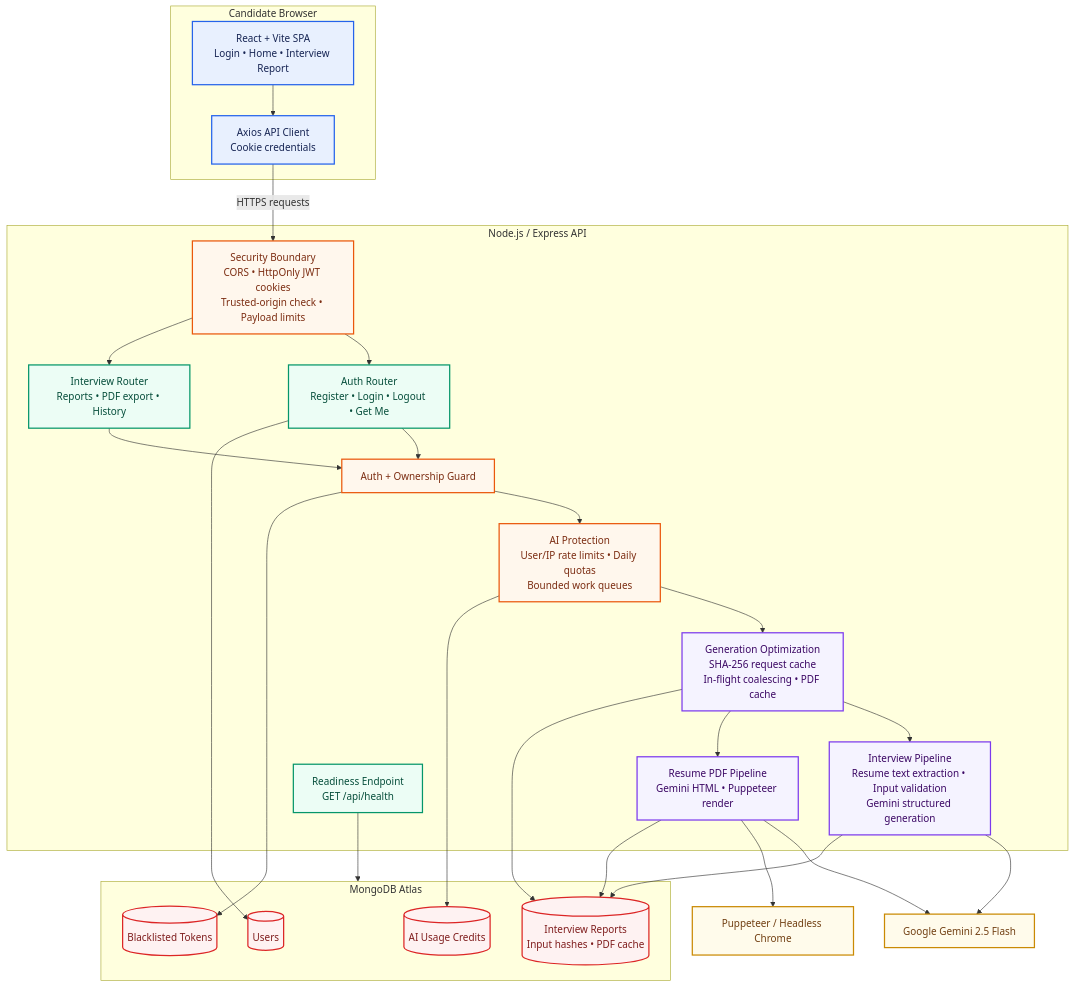
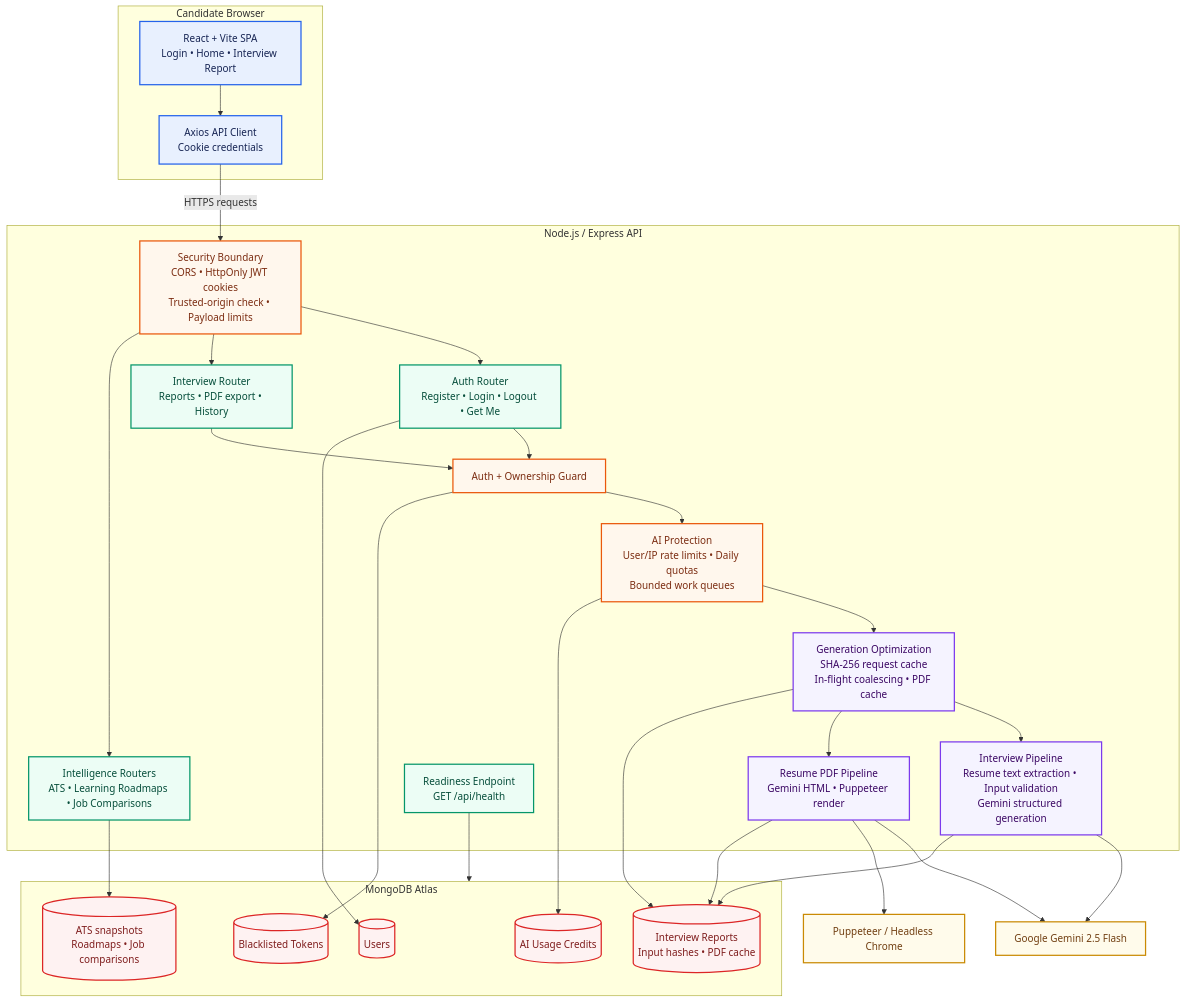
The diagram in README.md (Nihalani2004/CareerPilot-AI), drawn with Mermaid before and after one commit. The commit also changed other lines of this file and 1 other file, not shown here.

````diff
--- a/README.md
+++ b/README.md
@@ -23,57 +24,61 @@
 ```mermaid
 flowchart TB
     classDef client fill:#E8F0FE,stroke:#2563EB,color:#172554,stroke-width:2px
     classDef api fill:#ECFDF5,stroke:#059669,color:#064E3B,stroke-width:2px
     classDef guard fill:#FFF7ED,stroke:#EA580C,color:#7C2D12,stroke-width:2px
     classDef service fill:#F5F3FF,stroke:#7C3AED,color:#3B0764,stroke-width:2px
     classDef data fill:#FEF2F2,stroke:#DC2626,color:#7F1D1D,stroke-width:2px
     classDef external fill:#FFFBEB,stroke:#CA8A04,color:#713F12,stroke-width:2px
 
     subgraph Browser[Candidate Browser]
         React[React + Vite SPA\nLogin • Home • Interview Report]:::client
         ApiClient[Axios API Client\nCookie credentials]:::client
         React --> ApiClient
     end
 
     subgraph API[Node.js / Express API]
         Security[Security Boundary\nCORS • HttpOnly JWT cookies\nTrusted-origin check • Payload limits]:::guard
         Auth[Auth Router\nRegister • Login • Logout • Get Me]:::api
         Interview[Interview Router\nReports • PDF export • History]:::api
+        Intelligence[Intelligence Routers\nATS • Learning Roadmaps • Job Comparisons]:::api
         AuthGuard[Auth + Ownership Guard]:::guard
         Limits[AI Protection\nUser/IP rate limits • Daily quotas\nBounded work queues]:::guard
         Cache[Generation Optimization\nSHA-256 request cache\nIn-flight coalescing • PDF cache]:::service
         Pipeline[Interview Pipeline\nResume text extraction • Input validation\nGemini structured generation]:::service
         Pdf[Resume PDF Pipeline\nGemini HTML • Puppeteer render]:::service
         Health[Readiness Endpoint\nGET /api/health]:::api
 
         Security --> Auth
         Security --> Interview
+        Security --> Intelligence
         Auth --> AuthGuard
         Interview --> AuthGuard --> Limits
         Limits --> Cache
         Cache --> Pipeline
         Cache --> Pdf
     end
 
     subgraph Storage[MongoDB Atlas]
         Users[(Users)]:::data
         Reports[(Interview Reports\nInput hashes • PDF cache)]:::data
+        Insights[(ATS snapshots\nRoadmaps • Job comparisons)]:::data
         Usage[(AI Usage Credits)]:::data
         Blacklist[(Blacklisted Tokens)]:::data
     end
 
     Gemini[Google Gemini 2.5 Flash]:::external
     Puppeteer[Puppeteer / Headless Chrome]:::external
 
     ApiClient -->|HTTPS requests| Security
     Auth --> Users
     AuthGuard --> Blacklist
     Limits --> Usage
     Cache --> Reports
+    Intelligence --> Insights
     Pipeline --> Gemini
     Pdf --> Gemini
     Pdf --> Puppeteer
     Pipeline --> Reports
     Pdf --> Reports
     Health --> Storage
 ```
````
